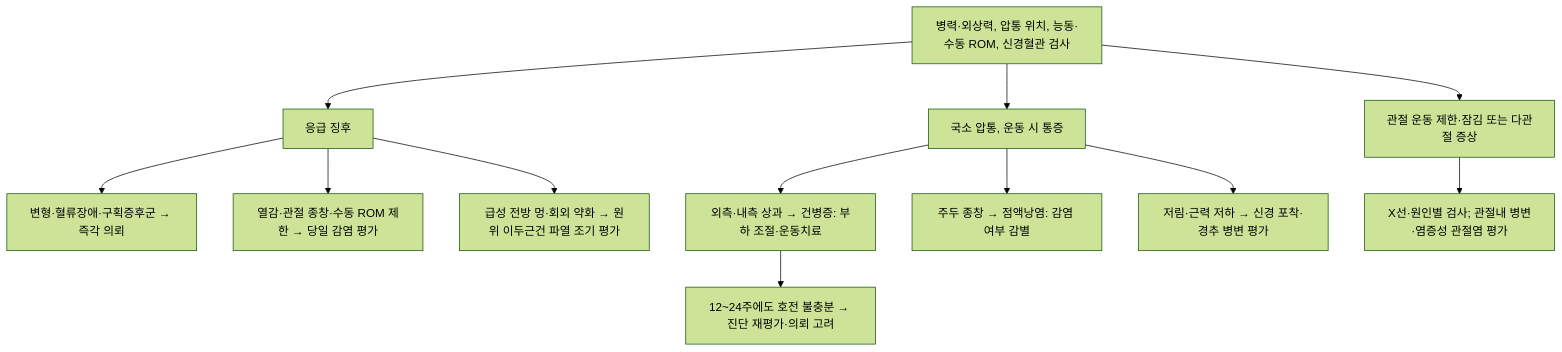
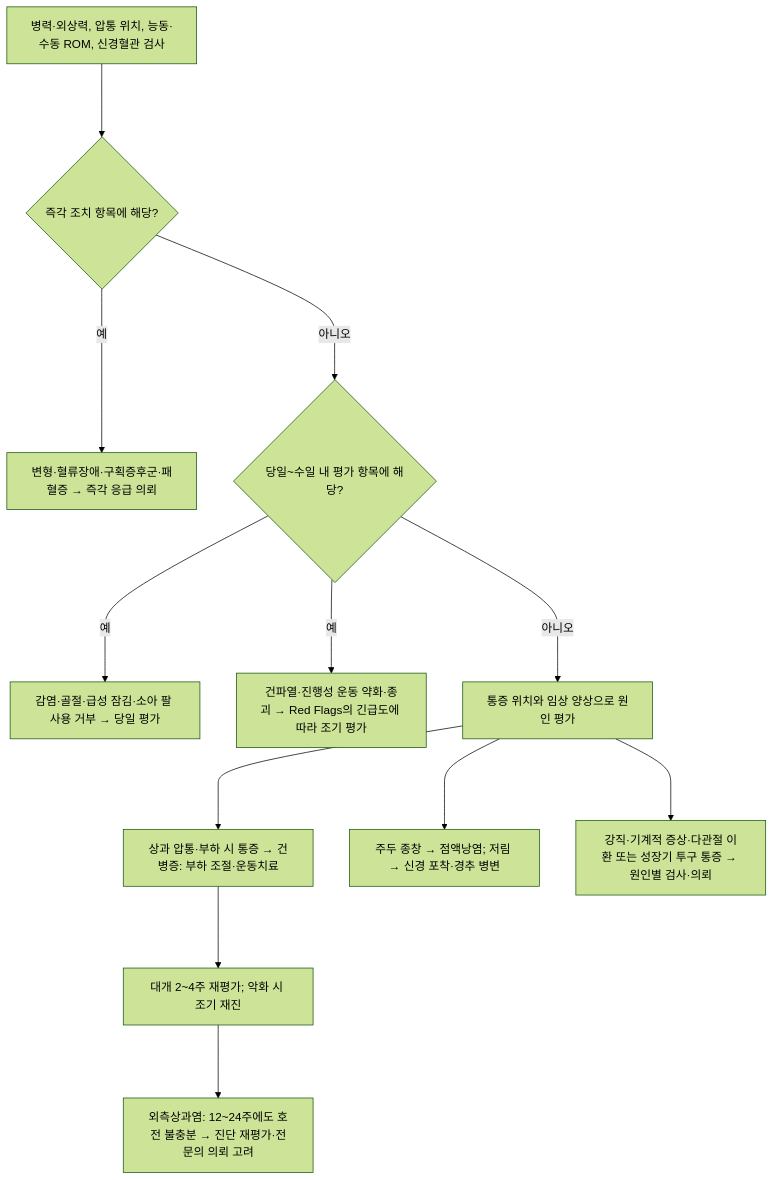
One commit to familyoh77/familyoh77 changed the diagram in 228_/140_-elbow-pain.md. Above: the diagram before and after it, drawn with Mermaid (forest theme). The commit also changed other lines of this file and 8 other files, not shown here.

````diff
--- a/228_/140_-elbow-pain.md
+++ b/228_/140_-elbow-pain.md
@@ -112,15 +127,15 @@
 ```mermaid
 graph TD
     A["병력·외상력, 압통 위치, 능동·수동 ROM, 신경혈관 검사"]
-    A --> B["응급 징후"]
-    B --> B1["변형·혈류장애·구획증후군 → 즉각 의뢰"]
-    B --> B2["열감·관절 종창·수동 ROM 제한 → 당일 감염 평가"]
-    B --> B3["급성 전방 멍·회외 약화 → 원위 이두근건 파열 조기 평가"]
-    A --> C["국소 압통, 운동 시 통증"]
-    C --> C1["외측·내측 상과 → 건병증: 부하 조절·운동치료"]
-    C --> C2["주두 종창 → 점액낭염: 감염 여부 감별"]
-    C --> C3["저림·근력 저하 → 신경 포착·경추 병변 평가"]
-    A --> D["관절 운동 제한·잠김 또는 다관절 증상"]
-    D --> D1["X선·원인별 검사; 관절내 병변·염증성 관절염 평가"]
-    C1 --> E["12~24주에도 호전 불충분 → 진단 재평가·의뢰 고려"]
+    A ---> B{"즉각 조치 항목에 해당?"}
+    B --->|예| B1["변형·혈류장애·구획증후군·패혈증 → 즉각 응급 의뢰"]
+    B --->|아니오| C{"당일~수일 내 평가 항목에 해당?"}
+    C --->|예| C1["감염·골절·급성 잠김·소아 팔 사용 거부 → 당일 평가"]
+    C --->|예| C2["건파열·진행성 운동 약화·종괴 → Red Flags의 긴급도에 따라 조기 평가"]
+    C --->|아니오| D["통증 위치와 임상 양상으로 원인 평가"]
+    D ---> D1["상과 압통·부하 시 통증 → 건병증: 부하 조절·운동치료"]
+    D ---> D2["주두 종창 → 점액낭염; 저림 → 신경 포착·경추 병변"]
+    D ---> D3["강직·기계적 증상·다관절 이환 또는 성장기 투구 통증 → 원인별 검사·의뢰"]
+    D1 ---> E["대개 2~4주 재평가; 악화 시 조기 재진"]
+    E ---> F["외측상과염: 12~24주에도 호전 불충분 → 진단 재평가·전문의 의뢰 고려"]
 ```
````
